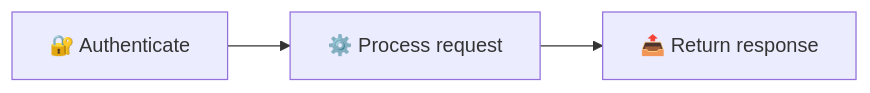
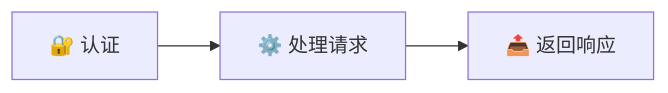
One commit to tourze/ai-experts changed the first of 2 diagrams in src/components/skills/markdown-mermaid-writing/references/mermaid_style_guide.md. Above: the diagram before and after it, drawn with Mermaid. The commit also changed other lines of this file and 240 other files, not shown here.

````diff
--- a/src/components/skills/markdown-mermaid-writing/references/mermaid_style_guide.md
+++ b/src/components/skills/markdown-mermaid-writing/references/mermaid_style_guide.md
@@ -59,7 +59,7 @@
 ```mermaid
 flowchart LR
-    accTitle: Secure API Request Flow
-    accDescr: Three-step API request from authentication through processing to response
+    accTitle: 安全 API 请求流程
+    accDescr: 从认证到处理再到响应的三步 API 请求
 
-    auth[🔐 Authenticate] --> process[⚙️ Process request] --> respond[📤 Return response]
+    auth[🔐 认证] --> process[⚙️ 处理请求] --> respond[📤 返回响应]
 ```
````
